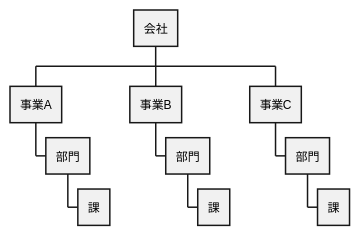
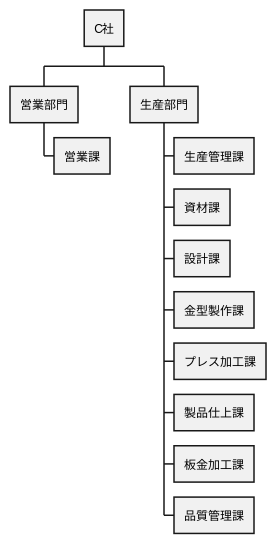
One commit to k2works/case-sutudy-business-analysis changed the first of 16 diagrams in docs/case/r04_case_3.adoc. Above: the diagram before and after it, drawn with PlantUML. The commit also changed other lines of this file and 2 other files, not shown here.

```diff
--- a/docs/case/r04_case_3.adoc
+++ b/docs/case/r04_case_3.adoc
@@ -64,17 +64,19 @@
 [plantuml]
 ----
 @startwbs
 
-* 会社
-** 事業A
-*** 部門
-**** 課
-** 事業B
-*** 部門
-**** 課
-** 事業C
-*** 部門
-**** 課
+* C社
+** 営業部門
+*** 営業課
+** 生産部門
+*** 生産管理課
+*** 資材課
+*** 設計課
+*** 金型製作課
+*** プレス加工課
+*** 製品仕上課
+*** 板金加工課
+*** 品質管理課
 
 @endwbs
 ----
```
